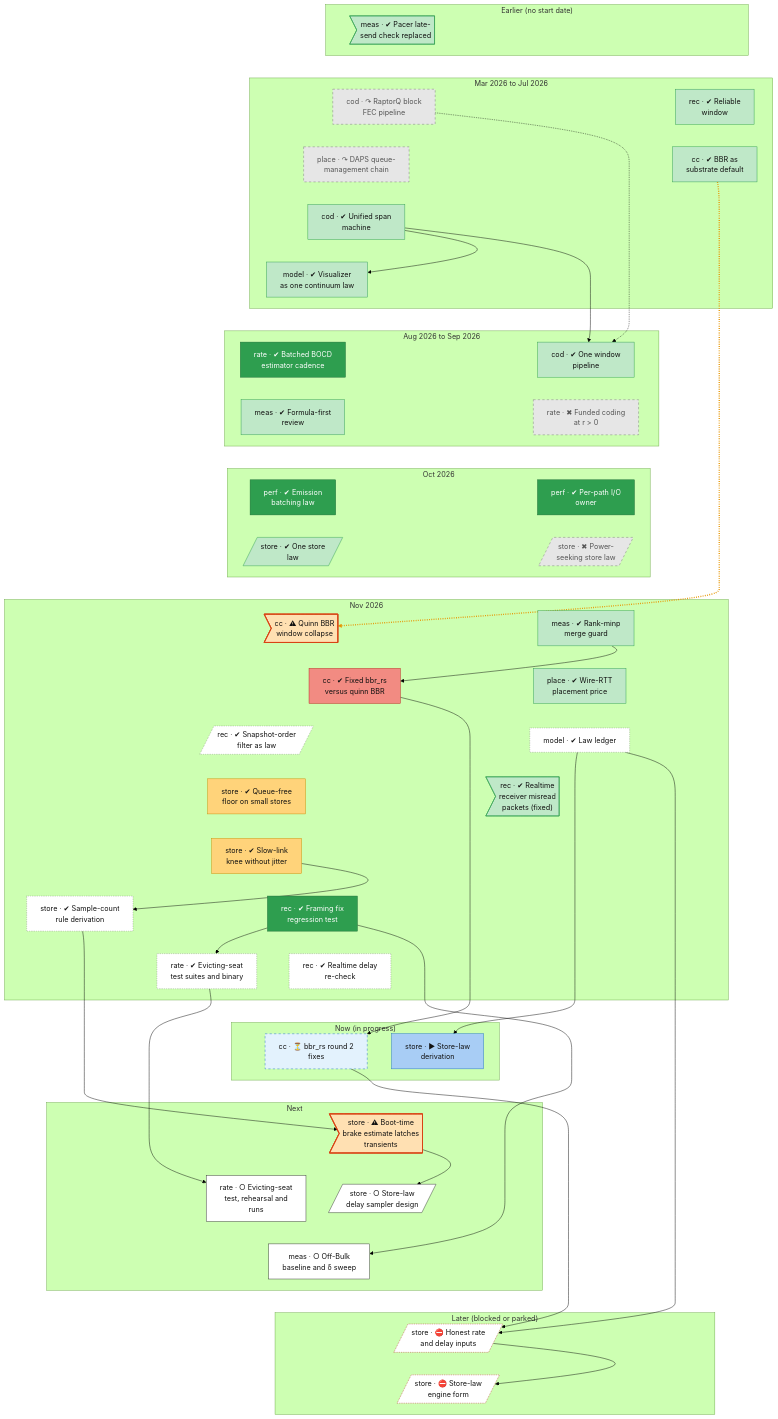
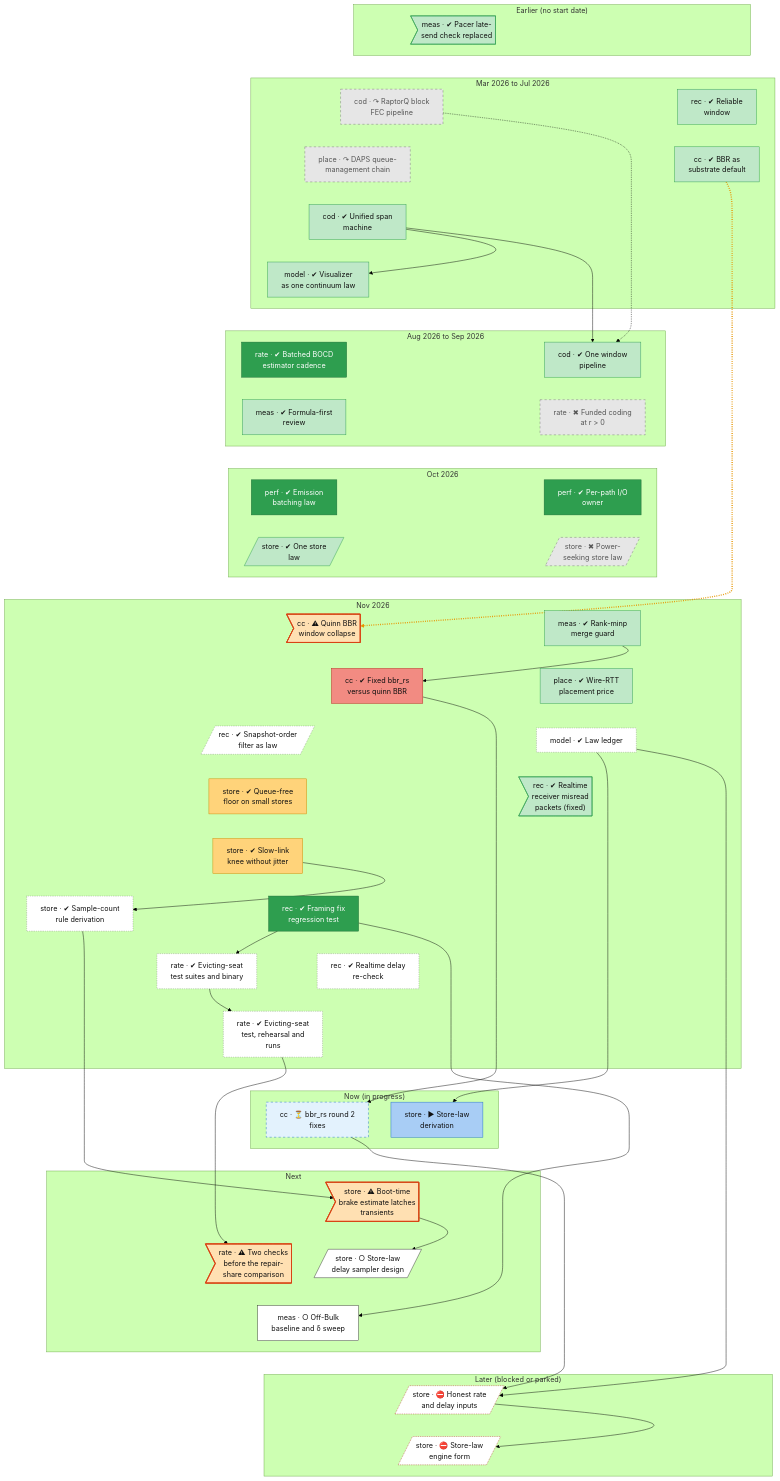
One commit to lhns/raptorpath changed the second of 2 diagrams in docs/roadmap.md. Above: the diagram before and after it, drawn with Mermaid (forest theme). The commit also changed other lines of this file and 10 other files, not shown here.

Commit message:
status §51 block E Result: DEGENERATE-AS-WIRED, rate-spare-cwnd NOT-ENFORCED (both predicted); K4 held on the PM W1 bracket failure and Delta pinned at 1; ledger docs/l1-raw/s51e; law-ledger K04; roadmap

```diff
--- a/docs/roadmap.md
+++ b/docs/roadmap.md
@@ -134,6 +134,7 @@
         rec_f2_merge_guard["rec · ✔ Framing fix<br/>regression test"]
         rate_evict_epre["rate · ✔ Evicting-seat<br/>test suites and binary"]
         rec_realtime_delay_recheck["rec · ✔ Realtime delay<br/>re-check"]
+        rate_evict_session["rate · ✔ Evicting-seat<br/>test, rehearsal and<br/>runs"]
     end
     subgraph bd_5["Now (in progress)"]
         cc_bbrrs_r2["cc · ⏳ bbr_rs round 2<br/>fixes"]
@@ -142,7 +143,7 @@
     subgraph bd_6["Next"]
         store_defect_b0p_brake>"store · ⚠ Boot-time<br/>brake estimate latches<br/>transients"]
         store_sampler_design[/"store · ○ Store-law<br/>delay sampler design"/]
-        rate_evict_session["rate · ○ Evicting-seat<br/>test, rehearsal and<br/>runs"]
+        rate_k4_input_checks>"rate · ⚠ Two checks<br/>before the repair-<br/>share comparison"]
         meas_s51_session["meas · ○ Off-Bulk<br/>baseline and δ sweep"]
     end
     subgraph bd_7["Later (blocked or parked)"]
@@ -178,14 +179,16 @@
     store_s62_j0 ~~~ rec_f2_merge_guard
     store_count_rule ~~~ rate_evict_epre
     rec_f2_merge_guard ~~~ rec_realtime_delay_recheck
-    rate_evict_epre ~~~ cc_bbrrs_r2
-    rec_realtime_delay_recheck ~~~ store_law_derivation
+    rate_evict_epre ~~~ rate_evict_session
+    rec_realtime_delay_recheck ~~~ rate_evict_session
+    rate_evict_session ~~~ cc_bbrrs_r2
+    rate_evict_session ~~~ store_law_derivation
     cc_bbrrs_r2 ~~~ store_defect_b0p_brake
     store_law_derivation ~~~ store_defect_b0p_brake
     store_defect_b0p_brake ~~~ store_sampler_design
-    store_defect_b0p_brake ~~~ rate_evict_session
+    store_defect_b0p_brake ~~~ rate_k4_input_checks
     store_sampler_design ~~~ meas_s51_session
-    rate_evict_session ~~~ meas_s51_session
+    rate_k4_input_checks ~~~ meas_s51_session
     meas_s51_session ~~~ store_fix_maxbw_minrtt
     store_fix_maxbw_minrtt ~~~ store_engine_form_impl
     cod_block_pipeline -.-> cod_one_pipeline
@@ -195,16 +198,17 @@
     meas_guard_41c --> cc_bbrrs_r1
     store_s62_j0 --> store_count_rule
     rec_f2_merge_guard --> rate_evict_epre
+    rate_evict_epre --> rate_evict_session
     cc_bbrrs_r1 --> cc_bbrrs_r2
     model_law_ledger --> store_law_derivation
     store_count_rule --> store_defect_b0p_brake
     store_defect_b0p_brake --> store_sampler_design
-    rate_evict_epre --> rate_evict_session
+    rate_evict_session --> rate_k4_input_checks
     rec_f2_merge_guard --> meas_s51_session
     model_law_ledger --> store_fix_maxbw_minrtt
     cc_bbrrs_r2 --> store_fix_maxbw_minrtt
     store_fix_maxbw_minrtt --> store_engine_form_impl
-    linkStyle 40 stroke:#e69500,stroke-width:3px,stroke-dasharray:2 3
+    linkStyle 42 stroke:#e69500,stroke-width:3px,stroke-dasharray:2 3
     classDef vsucc fill:#2e9e4f,stroke:#1b6b34,color:#fff
     classDef succ fill:#bfe8c8,stroke:#2e9e4f,color:#111
     classDef mixed fill:#ffd37a,stroke:#c98a00,color:#111
@@ -220,12 +224,12 @@
     classDef waiting fill:#e3f2fd,stroke:#1f6fc5,stroke-dasharray:5 5,color:#111
     class cod_block_pipeline,rate_r_battery,store_power_law,place_daps dead
     class cod_unified_span,cod_one_pipeline,rec_reliable_window,store_adr72_one_law,meas_blocke_pacing_gate,rec_defect_realtime_framing,place_wire_price,cc_bbr_default,meas_formula_first,meas_guard_41c,model_vis_continuum succ
-    class rec_snapver_law,rate_evict_epre,store_count_rule,rec_realtime_delay_recheck,model_law_ledger unrated
+    class rec_snapver_law,rate_evict_epre,rate_evict_session,store_count_rule,rec_realtime_delay_recheck,model_law_ledger unrated
     class rate_est_cadence,rec_f2_merge_guard,perf_emit_batch_law0,perf_io_owner vsucc
-    class rate_evict_session,store_sampler_design,meas_s51_session next
+    class rate_k4_input_checks,store_defect_b0p_brake,cc_quinn_bbr_collapse defect
     class store_law_derivation inprog
     class store_s60a,store_s62_j0 mixed
-    class store_defect_b0p_brake,cc_quinn_bbr_collapse defect
+    class store_sampler_design,meas_s51_session next
     class cc_bbrrs_r1 bad
     class cc_bbrrs_r2 waiting
     class store_engine_form_impl,store_fix_maxbw_minrtt blocked
```
